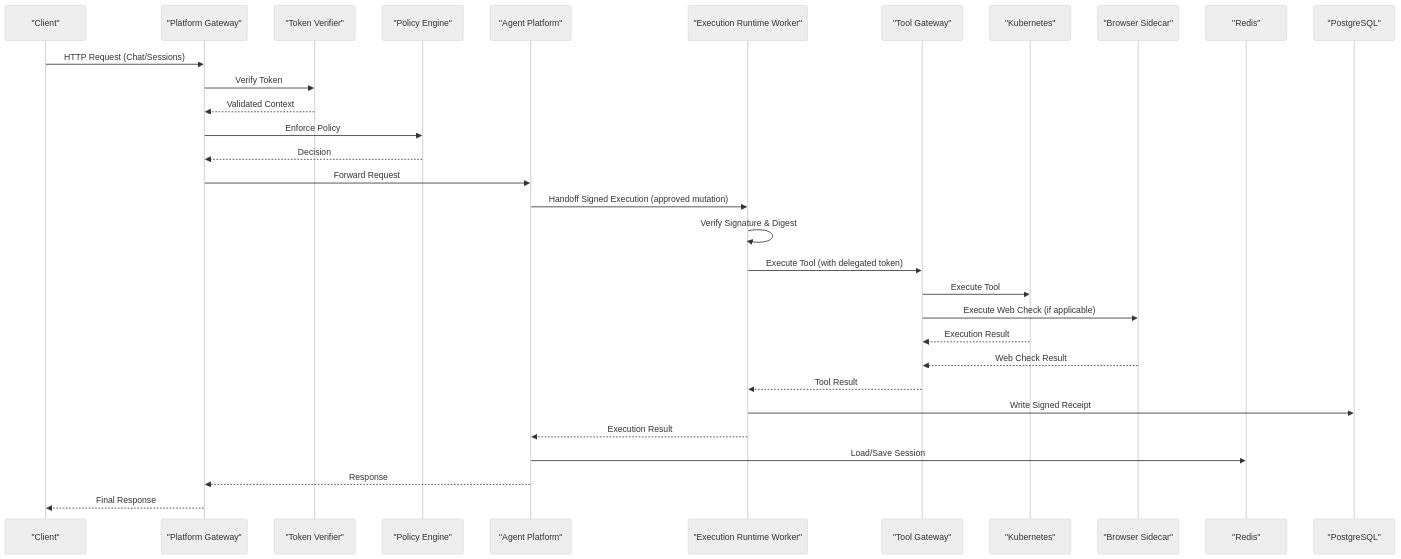
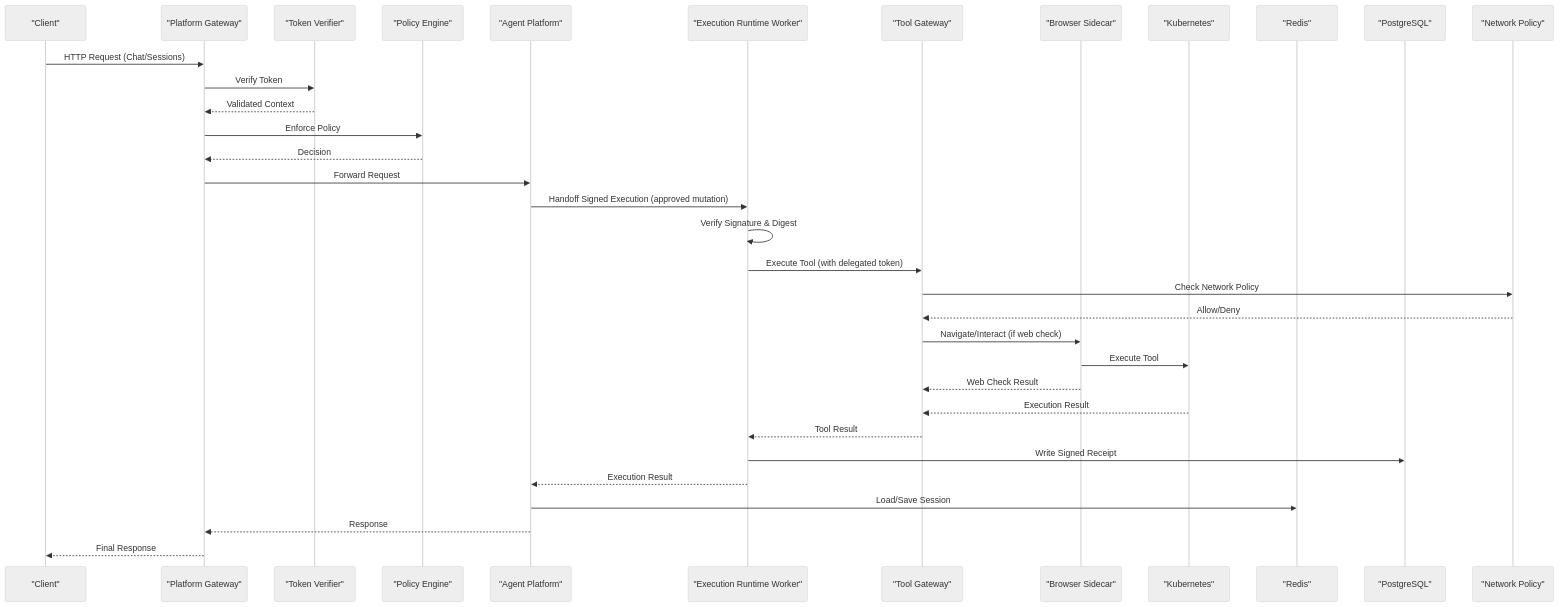
One commit to metasync/luban-aiops changed the second of 13 diagrams in .qoder/repowiki/en/content/Architecture Documentation/Architecture Documentation.md. Above: the diagram before and after it, drawn with Mermaid (neutral theme). The commit also changed other lines of this file and 6 other files, not shown here.

````diff
--- a/.qoder/repowiki/en/content/Architecture Documentation/Architecture Documentation.md
+++ b/.qoder/repowiki/en/content/Architecture Documentation/Architecture Documentation.md
@@ -253,33 +252,36 @@
 ```mermaid
 sequenceDiagram
 participant Client as "Client"
 participant Portal as "Platform Gateway"
 participant Auth as "Token Verifier"
 participant Policy as "Policy Engine"
 participant Agent as "Agent Platform"
 participant Worker as "Execution Runtime Worker"
 participant ToolGW as "Tool Gateway"
+participant Browser as "Browser Sidecar"
 participant K8S as "Kubernetes"
-participant Browser as "Browser Sidecar"
 participant Redis as "Redis"
 participant Postgres as "PostgreSQL"
+participant NetPol as "Network Policy"
 Client->>Portal : HTTP Request (Chat/Sessions)
 Portal->>Auth : Verify Token
 Auth-->>Portal : Validated Context
 Portal->>Policy : Enforce Policy
 Policy-->>Portal : Decision
 Portal->>Agent : Forward Request
 Agent->>Worker : Handoff Signed Execution (approved mutation)
 Worker->>Worker : Verify Signature & Digest
 Worker->>ToolGW : Execute Tool (with delegated token)
-ToolGW->>K8S : Execute Tool
-ToolGW->>Browser : Execute Web Check (if applicable)
+ToolGW->>NetPol : Check Network Policy
+NetPol-->>ToolGW : Allow/Deny
+ToolGW->>Browser : Navigate/Interact (if web check)
+Browser->>K8S : Execute Tool
+Browser-->>ToolGW : Web Check Result
 K8S-->>ToolGW : Execution Result
-Browser-->>ToolGW : Web Check Result
 ToolGW-->>Worker : Tool Result
 Worker->>Postgres : Write Signed Receipt
 Worker-->>Agent : Execution Result
 Agent->>Redis : Load/Save Session
 Agent-->>Portal : Response
 Portal-->>Client : Final Response
 ```
````
